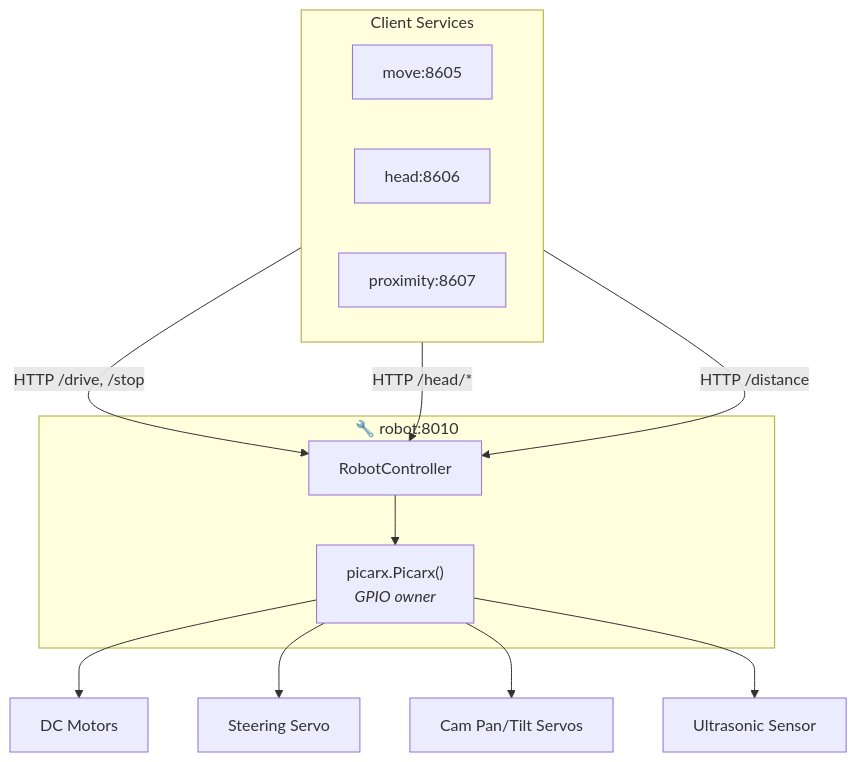
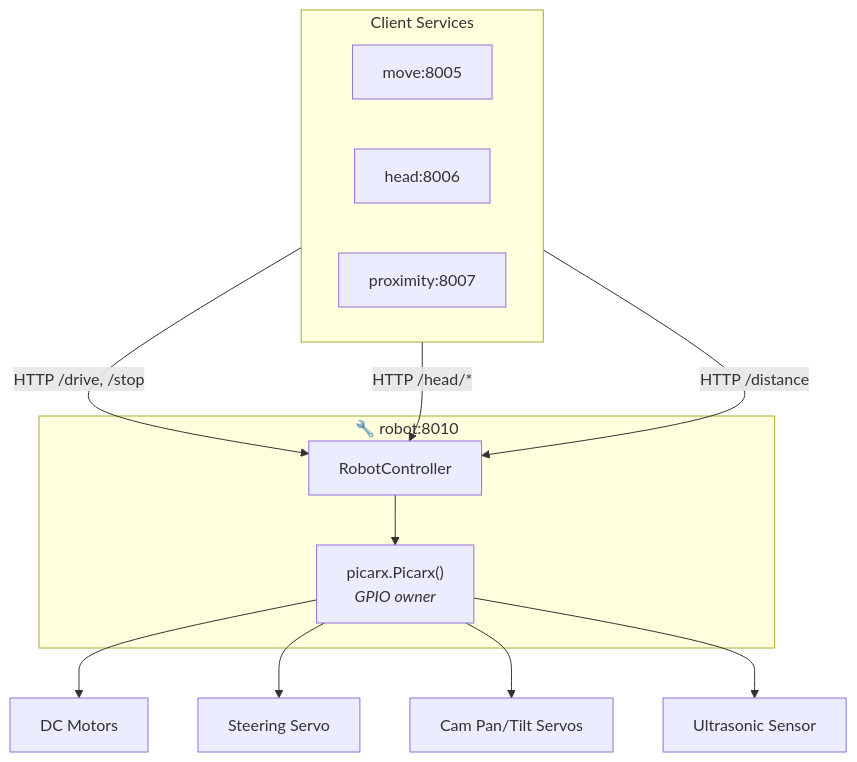
Before and after one commit to SeEngel/pi_rc_bot: the seventh of 23 diagrams in README.md, drawn with Mermaid. The commit also changed other lines of this file, not shown here.

````diff
--- a/README.md
+++ b/README.md
@@ -345,23 +377,23 @@
 ```mermaid
 flowchart TB
     subgraph ROBOT_SVC["🔧 robot:8010"]
         RC["RobotController"]
         PX["picarx.Picarx()<br/><i>GPIO owner</i>"]
     end
     
     subgraph CLIENTS["Client Services"]
-        MOVE["move:8605"]
-        HEAD["head:8606"]
-        PROX["proximity:8607"]
+        MOVE["move:8005"]
+        HEAD["head:8006"]
+        PROX["proximity:8007"]
     end
     
     CLIENTS -->|HTTP /drive, /stop| RC
     CLIENTS -->|HTTP /head/*| RC
     CLIENTS -->|HTTP /distance| RC
     RC --> PX
     
     PX --> MOTORS["DC Motors"]
     PX --> SERVO["Steering Servo"]
     PX --> CAMS["Cam Pan/Tilt Servos"]
     PX --> ULTRA["Ultrasonic Sensor"]
 ```
````
